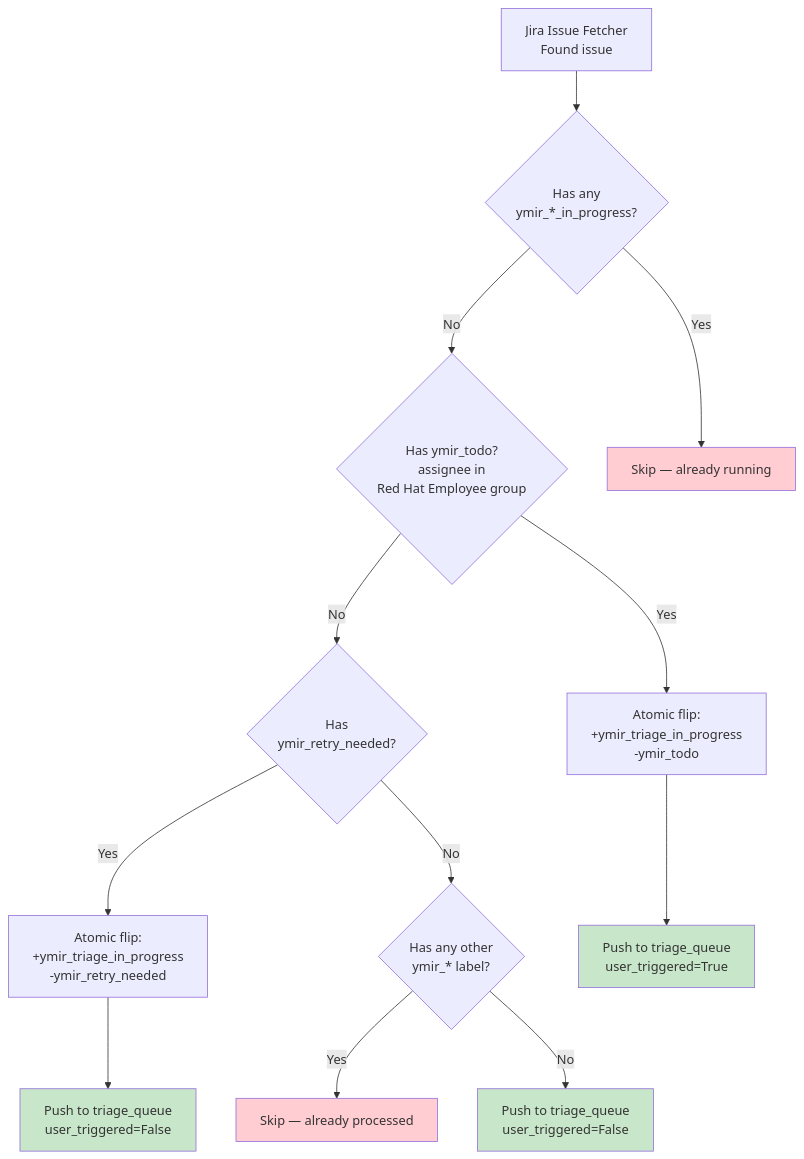
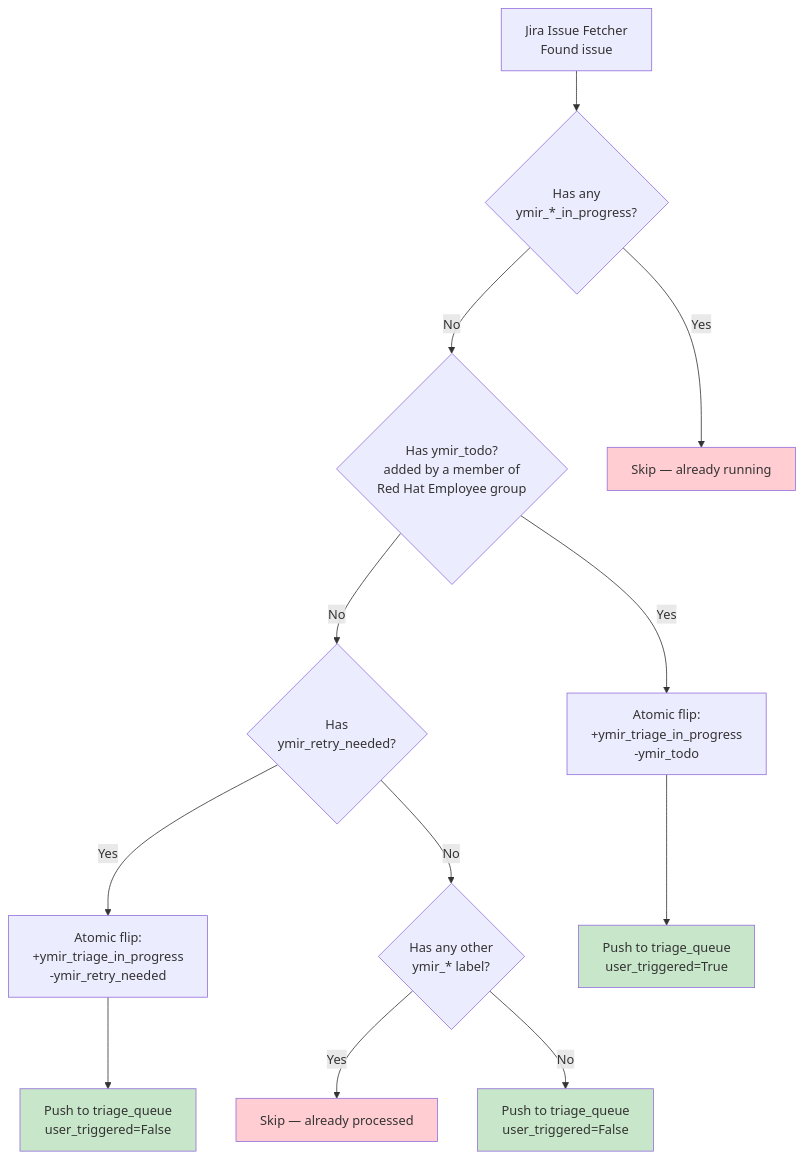
The third of 3 diagrams in jira_label_workflow_routing.md (packit/ai-workflows), drawn with Mermaid before and after one commit. The commit also changed other lines of this file and 3 other files, not shown here.

Commit message:
Verify ymir_todo author is a Red Hat Employee via changelog

````diff
--- a/jira_label_workflow_routing.md
+++ b/jira_label_workflow_routing.md
@@ -119,27 +119,27 @@
 ```mermaid
 flowchart TD
     START[Jira Issue Fetcher<br/>Found issue]
     INPROG{Has any<br/>ymir_*_in_progress?}
-    TODO{Has ymir_todo?<br/>assignee in<br/>Red Hat Employee group}
+    TODO{Has ymir_todo?<br/>added by a member of<br/>Red Hat Employee group}
     RETRY{Has<br/>ymir_retry_needed?}
     OTHER{Has any other<br/>ymir_* label?}
 
     START --> INPROG
     INPROG -->|Yes| SKIP_RUN[Skip — already running]
     INPROG -->|No| TODO
     TODO -->|Yes| FLIP_TODO[Atomic flip:<br/>+ymir_triage_in_progress<br/>-ymir_todo]
     TODO -->|No| RETRY
     RETRY -->|Yes| FLIP_RETRY[Atomic flip:<br/>+ymir_triage_in_progress<br/>-ymir_retry_needed]
     RETRY -->|No| OTHER
     OTHER -->|Yes| SKIP_DONE[Skip — already processed]
     OTHER -->|No| PUSH_FRESH[Push to triage_queue<br/>user_triggered=False]
 
     FLIP_TODO --> PUSH_USER[Push to triage_queue<br/>user_triggered=True]
     FLIP_RETRY --> PUSH_RETRY[Push to triage_queue<br/>user_triggered=False]
 
     style PUSH_FRESH fill:#c8e6c9
     style PUSH_USER fill:#c8e6c9
     style PUSH_RETRY fill:#c8e6c9
     style SKIP_RUN fill:#ffcdd2
     style SKIP_DONE fill:#ffcdd2
 ```
````
